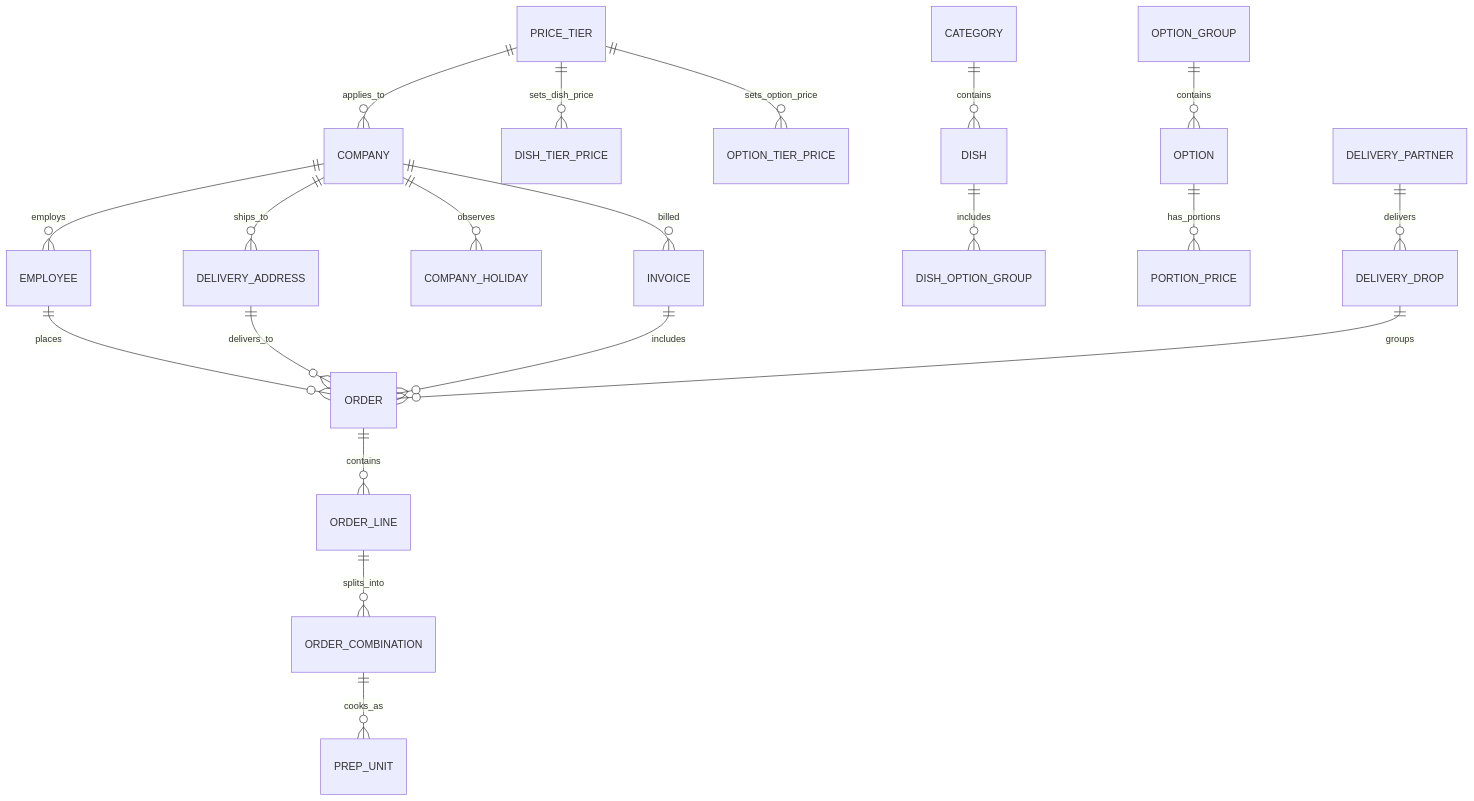
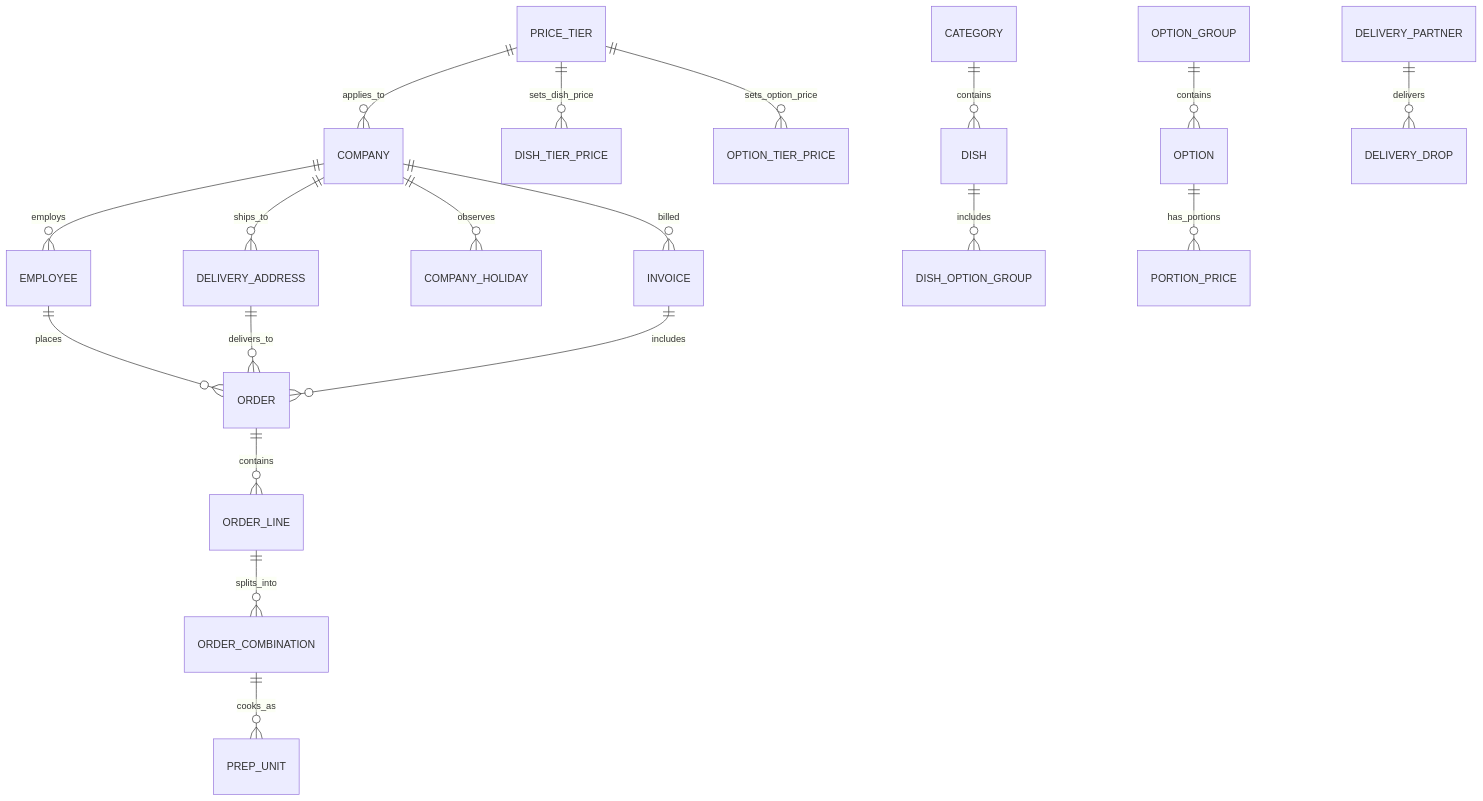
Before and after one commit to neel040205-np/fernleaf-kitchen-ops: the second of 3 diagrams in README.md, drawn with Mermaid. The commit also changed other lines of this file, not shown here.

Commit message:
docs: add End-to-End Operational Workflow Diagram under Architecture in README.md

````diff
--- a/README.md
+++ b/README.md
@@ -107,22 +107,21 @@
 ```mermaid
 erDiagram
     COMPANY ||--o{ EMPLOYEE : employs
     COMPANY ||--o{ DELIVERY_ADDRESS : ships_to
     COMPANY ||--o{ COMPANY_HOLIDAY : observes
     COMPANY ||--o{ INVOICE : billed
     PRICE_TIER ||--o{ COMPANY : applies_to
     PRICE_TIER ||--o{ DISH_TIER_PRICE : sets_dish_price
     PRICE_TIER ||--o{ OPTION_TIER_PRICE : sets_option_price
     CATEGORY ||--o{ DISH : contains
     DISH ||--o{ DISH_OPTION_GROUP : includes
     OPTION_GROUP ||--o{ OPTION : contains
     OPTION ||--o{ PORTION_PRICE : has_portions
     EMPLOYEE ||--o{ ORDER : places
     DELIVERY_ADDRESS ||--o{ ORDER : delivers_to
     ORDER ||--o{ ORDER_LINE : contains
     ORDER_LINE ||--o{ ORDER_COMBINATION : splits_into
     ORDER_COMBINATION ||--o{ PREP_UNIT : cooks_as
-    DELIVERY_DROP ||--o{ ORDER : groups
     DELIVERY_PARTNER ||--o{ DELIVERY_DROP : delivers
     INVOICE ||--o{ ORDER : includes
 ```
````
